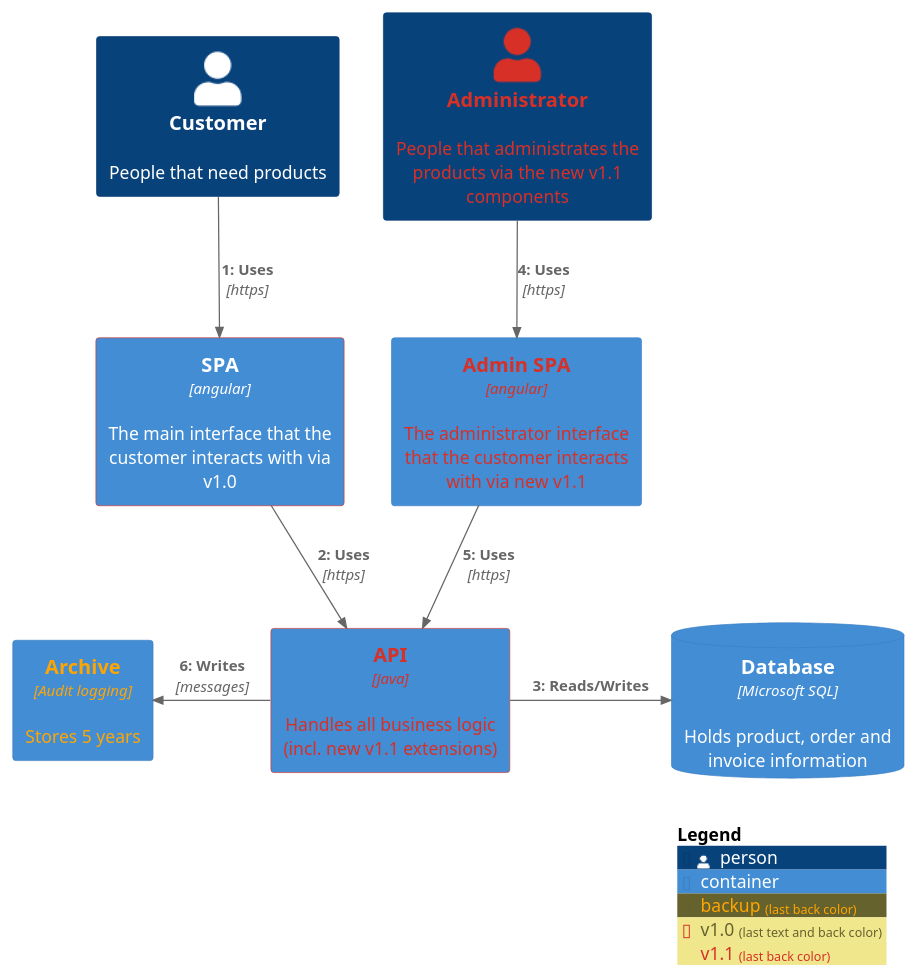
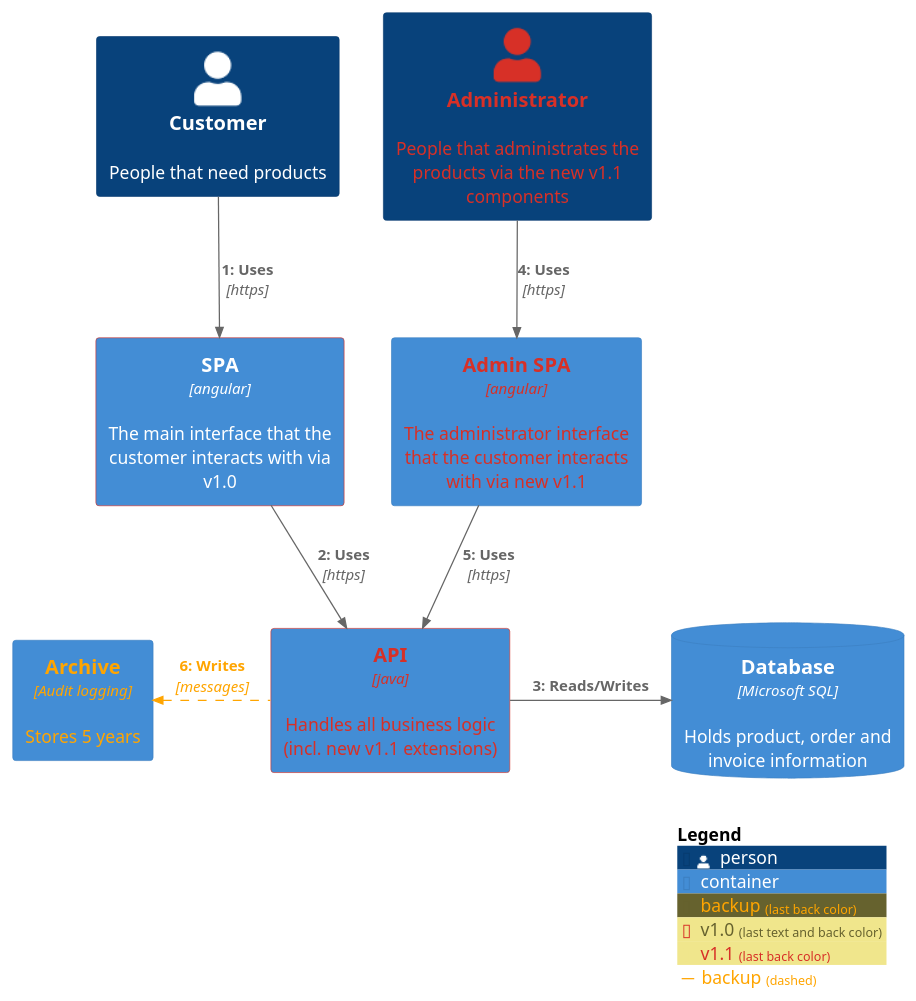
Before and after one commit to Konstantin-Dudersky/dataclass_to_diagram: the diagram in examples/dia_dist/c4/example5.c4.puml, drawn with PlantUML. The commit also changed 3 other files, not shown here.

```diff
--- a/examples/dia_dist/c4/example5.c4.puml
+++ b/examples/dia_dist/c4/example5.c4.puml
@@ -1,27 +1,27 @@
 @startuml
 !include C4_Dynamic.puml
 
 AddElementTag($tagStereo="backup", $fontColor="orange")
 AddElementTag($tagStereo="v1.0", $borderColor="#d73027")
 AddElementTag($tagStereo="v1.1", $fontColor="#d73027")
 
 AddRelTag($tagStereo="backup", $textColor="orange", $lineColor="orange", $lineStyle="DashedLine()")
 
 Person($alias=17, $label="Customer", $descr="People that need products")
 Person($alias=18, $label="Administrator", $descr="People that administrates the products via the new v1.1 components", $tags="v1.1")
 
 Container($alias=19, $label="SPA", $descr="The main interface that the customer interacts with via v1.0", $techn="angular", $tags="v1.0")
 Container($alias=20, $label="Admin SPA", $descr="The administrator interface that the customer interacts with via new v1.1", $techn="angular", $tags="v1.1")
 Container($alias=21, $label="API", $descr="Handles all business logic (incl. new v1.1 extensions)", $techn="java", $tags="v1.0+v1.1")
 ContainerDb($alias=22, $label="Database", $descr="Holds product, order and invoice information", $techn="Microsoft SQL")
 Container($alias=23, $label="Archive", $descr="Stores 5 years", $techn="Audit logging", $tags="backup")
 
 Rel($from=17, $to=19, $label="Uses", $techn="https")
 Rel($from=19, $to=21, $label="Uses", $techn="https")
 Rel_Right($from=21, $to=22, $label="Reads/Writes")
 Rel($from=18, $to=20, $label="Uses", $techn="https")
 Rel($from=20, $to=21, $label="Uses", $techn="https")
-Rel_Left($from=21, $to=23, $label="Writes", $techn="messages")
+Rel_Left($from=21, $to=23, $label="Writes", $techn="messages", $tags="backup")
 
 SHOW_LEGEND()
 @enduml
```
